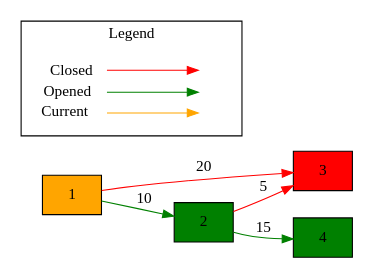
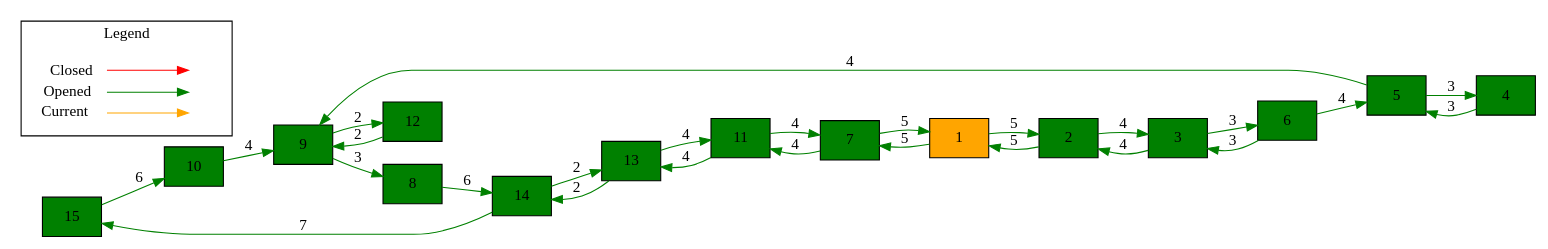
Before and after one commit to MishoMish/CityMap_ProjectSDP: the diagram in cmake-build-debug-coverage/graph.dot, drawn with Graphviz. The commit also changed 749 other files, not shown here.

```diff
--- a/cmake-build-debug-coverage/graph.dot
+++ b/cmake-build-debug-coverage/graph.dot
@@ -1,30 +1,62 @@
 digraph G {
   graph [rankdir=LR];
   node [shape="box", color = "black", style="filled"];
-  "0x600002ba82c0" [label="4", fillcolor="green"];
-  "0x600002ba8280" [label="3", fillcolor="red"];
-  "0x600002ba8240" [label="2", fillcolor="green"];
-  "0x600002ba8240" -> "0x600002ba82c0" [label="15", color="green"];
-  "0x600002ba8240" -> "0x600002ba8280" [label="5", color="red"];
-  "0x600002ba8200" [label="1", fillcolor="orange"];
-  "0x600002ba8200" -> "0x600002ba8280" [label="20", color="red"];
-  "0x600002ba8200" -> "0x600002ba8240" [label="10", color="green"];
+  "0x6000019dc380" [label="15", fillcolor="green"];
+  "0x6000019dc380" -> "0x6000019dc300" [label="6", color="green"];
+  "0x6000019dc300" [label="10", fillcolor="green"];
+  "0x6000019dc300" -> "0x6000019dc1c0" [label="4", color="green"];
+  "0x6000019dc340" [label="13", fillcolor="green"];
+  "0x6000019dc340" -> "0x6000019dc280" [label="2", color="green"];
+  "0x6000019dc340" -> "0x6000019dc200" [label="4", color="green"];
+  "0x6000019dc2c0" [label="12", fillcolor="green"];
+  "0x6000019dc2c0" -> "0x6000019dc1c0" [label="2", color="green"];
+  "0x6000019dc040" [label="2", fillcolor="green"];
+  "0x6000019dc040" -> "0x6000019dc0c0" [label="4", color="green"];
+  "0x6000019dc040" -> "0x6000019dc000" [label="5", color="green"];
+  "0x6000019dc1c0" [label="9", fillcolor="green"];
+  "0x6000019dc1c0" -> "0x6000019dc2c0" [label="2", color="green"];
+  "0x6000019dc1c0" -> "0x6000019dc240" [label="3", color="green"];
+  "0x6000019dc280" [label="14", fillcolor="green"];
+  "0x6000019dc280" -> "0x6000019dc380" [label="7", color="green"];
+  "0x6000019dc280" -> "0x6000019dc340" [label="2", color="green"];
+  "0x6000019dc240" [label="8", fillcolor="green"];
+  "0x6000019dc240" -> "0x6000019dc280" [label="6", color="green"];
+  "0x6000019dc140" [label="4", fillcolor="green"];
+  "0x6000019dc140" -> "0x6000019dc180" [label="3", color="green"];
+  "0x6000019dc200" [label="11", fillcolor="green"];
+  "0x6000019dc200" -> "0x6000019dc340" [label="4", color="green"];
+  "0x6000019dc200" -> "0x6000019dc080" [label="4", color="green"];
+  "0x6000019dc100" [label="6", fillcolor="green"];
+  "0x6000019dc100" -> "0x6000019dc180" [label="4", color="green"];
+  "0x6000019dc100" -> "0x6000019dc0c0" [label="3", color="green"];
+  "0x6000019dc0c0" [label="3", fillcolor="green"];
+  "0x6000019dc0c0" -> "0x6000019dc100" [label="3", color="green"];
+  "0x6000019dc0c0" -> "0x6000019dc040" [label="4", color="green"];
+  "0x6000019dc000" [label="1", fillcolor="orange"];
+  "0x6000019dc000" -> "0x6000019dc080" [label="5", color="green"];
+  "0x6000019dc000" -> "0x6000019dc040" [label="5", color="green"];
+  "0x6000019dc180" [label="5", fillcolor="green"];
+  "0x6000019dc180" -> "0x6000019dc1c0" [label="4", color="green"];
+  "0x6000019dc180" -> "0x6000019dc140" [label="3", color="green"];
+  "0x6000019dc080" [label="7", fillcolor="green"];
+  "0x6000019dc080" -> "0x6000019dc200" [label="4", color="green"];
+  "0x6000019dc080" -> "0x6000019dc000" [label="5", color="green"];
   rankdir=LR
   node [shape=plaintext]
   subgraph cluster_01 { 
     label = "Legend";
     key [label=<<table border="0" cellpadding="2" cellspacing="0" cellborder="0">
       <tr><td align="right" port="i1">Closed</td></tr>
       <tr><td align="right" port="i2">Opened</td></tr>
       <tr><td align="right" port="i3">Current</td></tr>
       </table>>, color=white]
     key2 [label=<<table border="0" cellpadding="2" cellspacing="0" cellborder="0">
       <tr><td port="i1">&nbsp;</td></tr>
       <tr><td port="i2">&nbsp;</td></tr>
       <tr><td port="i3">&nbsp;</td></tr>
       </table>>, color=white]
     key:i1:e -> key2:i1:w [color=red]
     key:i2:e -> key2:i2:w [color=green]
     key:i3:e -> key2:i3:w [color=orange]
   }
 }
```
